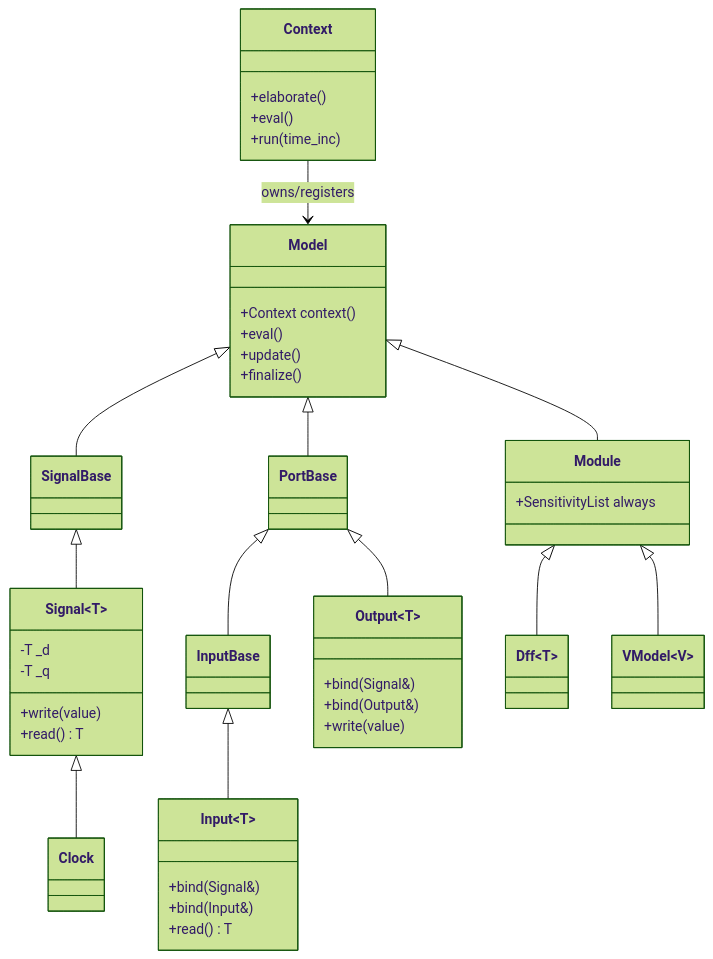
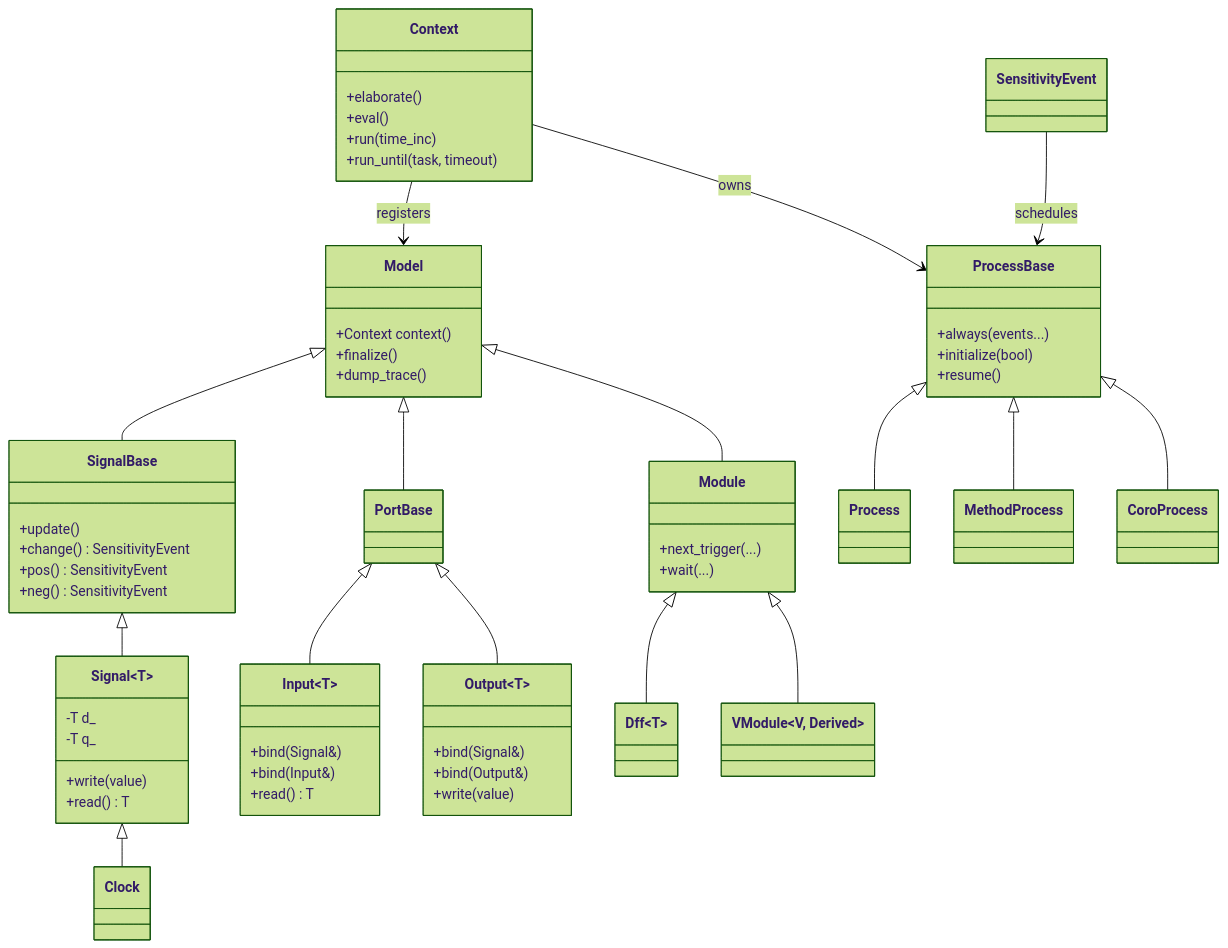
Before and after one commit to fsodari/dspsim: the diagram in docs/Architecture.md, drawn with Mermaid (forest theme). The commit also changed other lines of this file and 44 other files, not shown here.

````diff
--- a/docs/Architecture.md
+++ b/docs/Architecture.md
@@ -11,45 +11,61 @@
 ```mermaid
 classDiagram
     Model <|-- SignalBase
     Model <|-- PortBase
     Model <|-- Module
     SignalBase <|-- Signal~T~
     Signal~T~ <|-- Clock
-    PortBase <|-- InputBase
-    InputBase <|-- Input~T~
+    PortBase <|-- Input~T~
     PortBase <|-- Output~T~
     Module <|-- Dff~T~
-    Module <|-- VModel~V~
+    Module <|-- VModule~V, Derived~
+    ProcessBase <|-- Process
+    ProcessBase <|-- MethodProcess
+    ProcessBase <|-- CoroProcess
 
     class Model {
         +Context context()
-        +eval()
-        +update()
         +finalize()
+        +dump_trace()
     }
     class Context {
         +elaborate()
         +eval()
         +run(time_inc)
+        +run_until(task, timeout)
+    }
+    class SignalBase {
+        +update()
+        +change() SensitivityEvent
+        +pos() SensitivityEvent
+        +neg() SensitivityEvent
     }
     class Signal~T~ {
-        -T _d
-        -T _q
+        -T d_
+        -T q_
         +write(value)
         +read() T
     }
     class Input~T~ {
         +bind(Signal&)
         +bind(Input&)
         +read() T
     }
     class Output~T~ {
         +bind(Signal&)
         +bind(Output&)
         +write(value)
     }
     class Module {
-        +SensitivityList always
+        +next_trigger(...)
+        +wait(...)
     }
-    Context --> Model : owns/registers
+    class ProcessBase {
+        +always(events...)
+        +initialize(bool)
+        +resume()
+    }
+    Context --> Model : registers
+    Context --> ProcessBase : owns
+    SensitivityEvent --> ProcessBase : schedules
 ```
````
